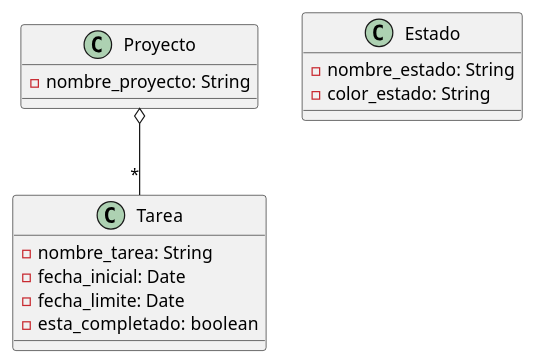
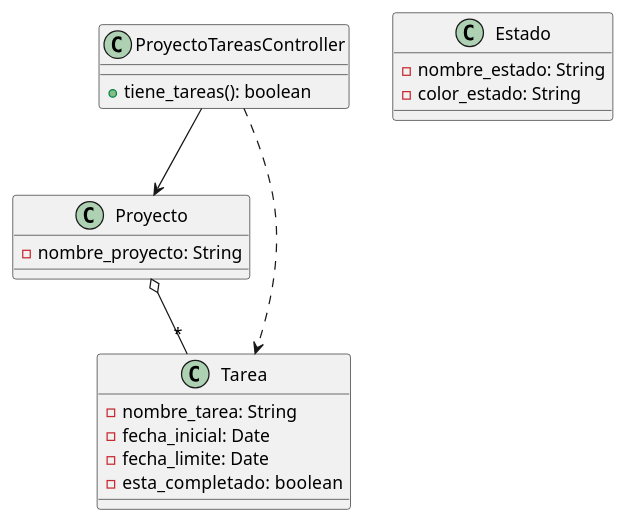
Before and after one commit to Mikkel-14/ProyectoVyV: the diagram in diagrama_gantt/diagrama_gantt.puml, drawn with PlantUML. The commit also changed 12 other files, not shown here.

```diff
--- a/diagrama_gantt/diagrama_gantt.puml
+++ b/diagrama_gantt/diagrama_gantt.puml
@@ -1,21 +1,27 @@
 @startuml
 'https://plantuml.com/class-diagram
 
 class Proyecto{
     - nombre_proyecto: String
 }
 
 class Tarea{
     - nombre_tarea: String
     - fecha_inicial: Date
     - fecha_limite: Date
     - esta_completado:  boolean
 }
 
 class Estado{
     - nombre_estado: String
     - color_estado: String
 }
 
+class ProyectoTareasController{
+    + tiene_tareas(): boolean
+}
+
 Proyecto o-- "*" Tarea
+ProyectoTareasController ..> Tarea
+ProyectoTareasController --> Proyecto
 @enduml
```
